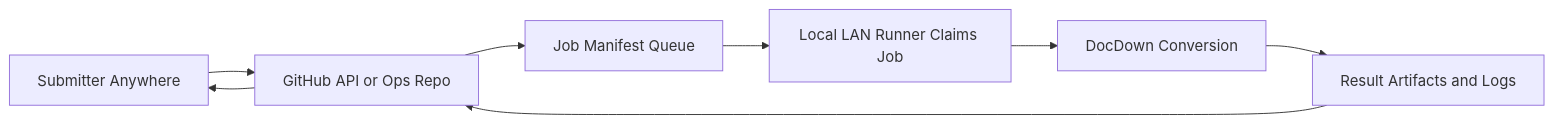
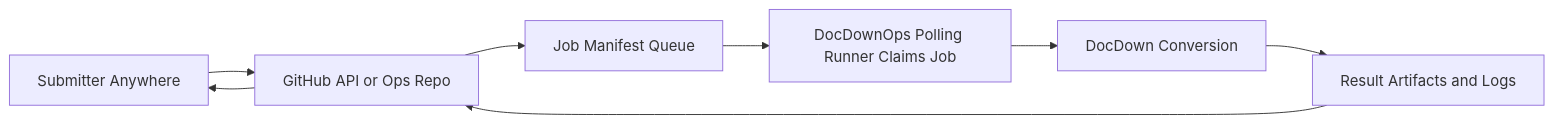
Before and after one commit to Frank-Yong/DocDown: the first of 2 diagrams in docs/plan/task-10.2-conversion-workflow.md, drawn with Mermaid. The commit also changed other lines of this file and 3 other files, not shown here.

Commit message:
docs: clarify terminology and update references to DocDownOps polling runner service in workflow documentation

````diff
--- a/docs/plan/task-10.2-conversion-workflow.md
+++ b/docs/plan/task-10.2-conversion-workflow.md
@@ -46,10 +52,10 @@
 ```mermaid
 flowchart LR
     U[Submitter Anywhere] --> G[GitHub API or Ops Repo]
     G --> Q[Job Manifest Queue]
-    Q --> R[Local LAN Runner Claims Job]
+    Q --> R[DocDownOps Polling Runner Claims Job]
     R --> C[DocDown Conversion]
     C --> A[Result Artifacts and Logs]
     A --> G
     G --> U
 ```
````
